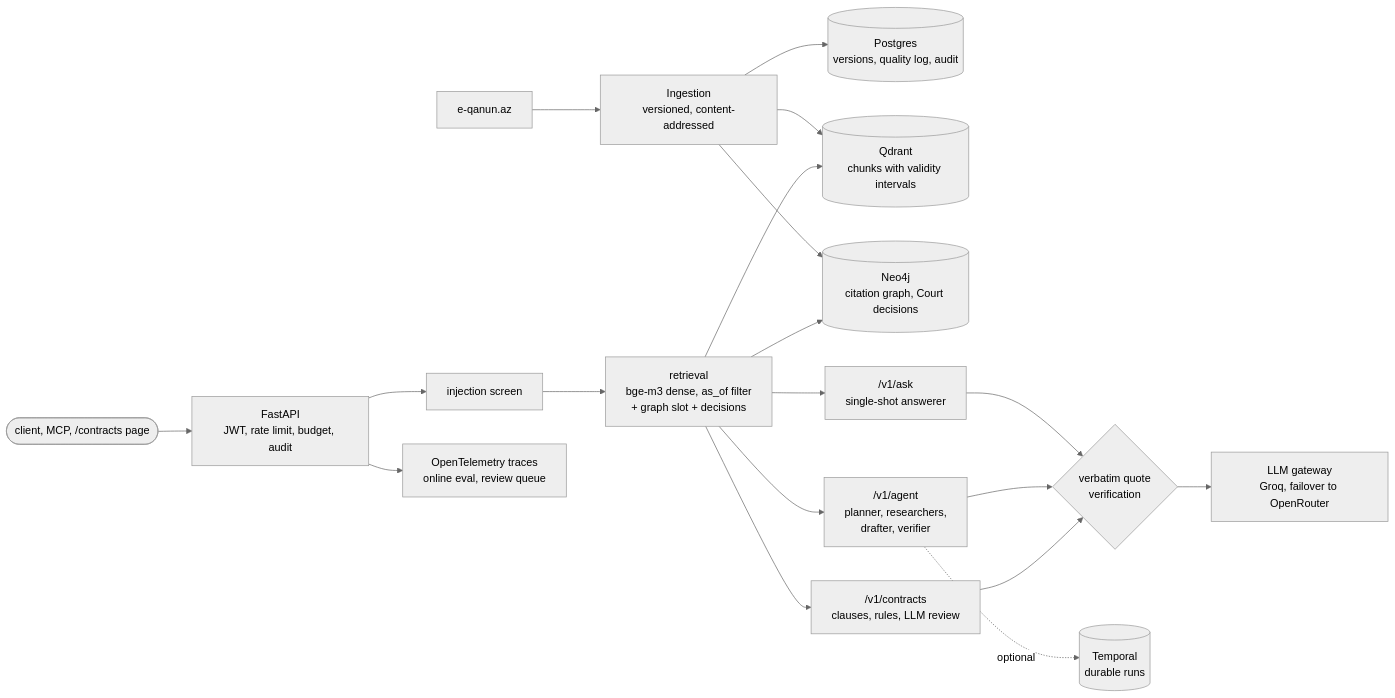
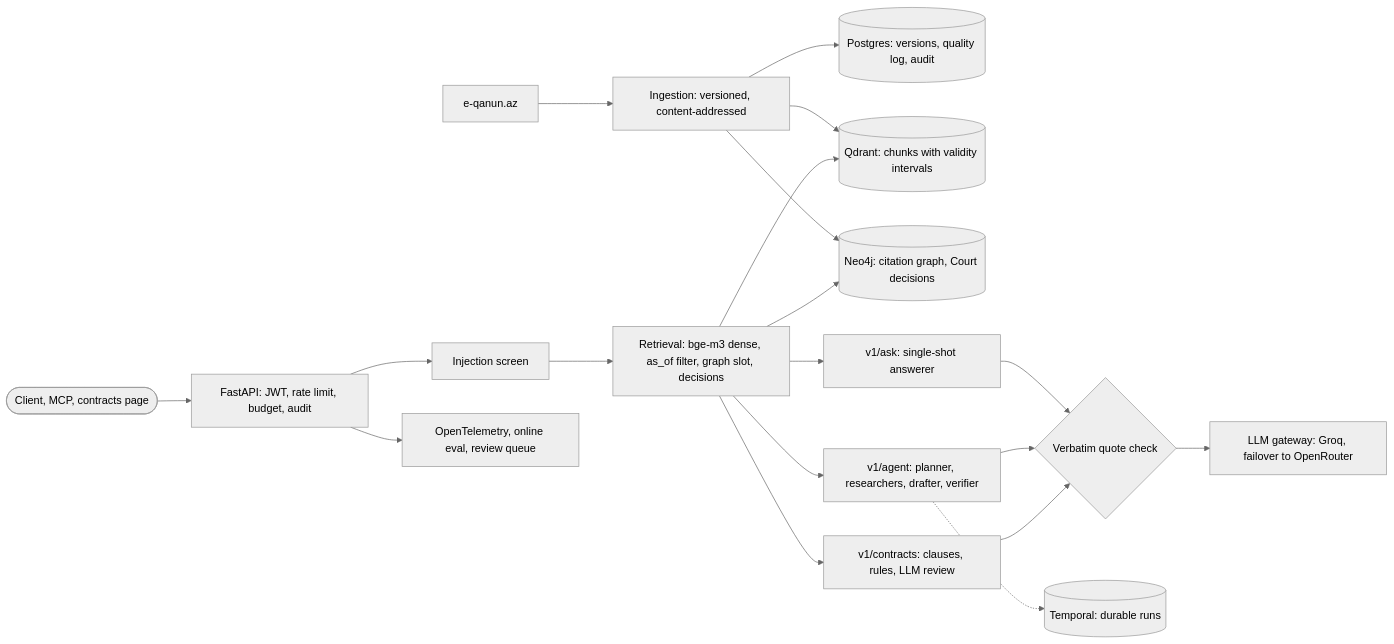
One commit to namiqsarxanli-creator/Mizan changed the diagram in README.md. Above: the diagram before and after it, drawn with Mermaid (neutral theme).

Commit message:
README: quote every Mermaid label so GitHub renders the architecture diagram

````diff
--- a/README.md
+++ b/README.md
@@ -15,22 +15,22 @@
 ```mermaid
 flowchart LR
-    src[e-qanun.az] --> ing[Ingestion<br/>versioned, content-addressed]
-    ing --> pg[(Postgres<br/>versions, quality log, audit)]
-    ing --> qd[(Qdrant<br/>chunks with validity intervals)]
-    ing --> neo[(Neo4j<br/>citation graph, Court decisions)]
+    src["e-qanun.az"] --> ing["Ingestion: versioned, content-addressed"]
+    ing --> pg[("Postgres: versions, quality log, audit")]
+    ing --> qd[("Qdrant: chunks with validity intervals")]
+    ing --> neo[("Neo4j: citation graph, Court decisions")]
 
-    client(["client, MCP, /contracts page"]) --> api[FastAPI<br/>JWT, rate limit, budget, audit]
-    api --> screen[injection screen]
-    screen --> ret[retrieval<br/>bge-m3 dense, as_of filter<br/>+ graph slot + decisions]
+    client(["Client, MCP, contracts page"]) --> api["FastAPI: JWT, rate limit, budget, audit"]
+    api --> screen["Injection screen"]
+    screen --> ret["Retrieval: bge-m3 dense, as_of filter, graph slot, decisions"]
     ret --> qd
     ret --> neo
-    ret --> ask["/v1/ask<br/>single-shot answerer"]
-    ret --> agent["/v1/agent<br/>planner, researchers,<br/>drafter, verifier"]
-    ret --> con["/v1/contracts<br/>clauses, rules, LLM review"]
-    ask --> verify{verbatim quote<br/>verification}
+    ret --> ask["v1/ask: single-shot answerer"]
+    ret --> agent["v1/agent: planner, researchers, drafter, verifier"]
+    ret --> con["v1/contracts: clauses, rules, LLM review"]
+    ask --> verify{"Verbatim quote check"}
     agent --> verify
     con --> verify
-    agent -. optional .-> tmp[(Temporal<br/>durable runs)]
-    verify --> llm[LLM gateway<br/>Groq, failover to OpenRouter]
-    api --> otel[OpenTelemetry traces<br/>online eval, review queue]
+    agent -.-> tmp[("Temporal: durable runs")]
+    verify --> llm["LLM gateway: Groq, failover to OpenRouter"]
+    api --> otel["OpenTelemetry, online eval, review queue"]
 ```
````
